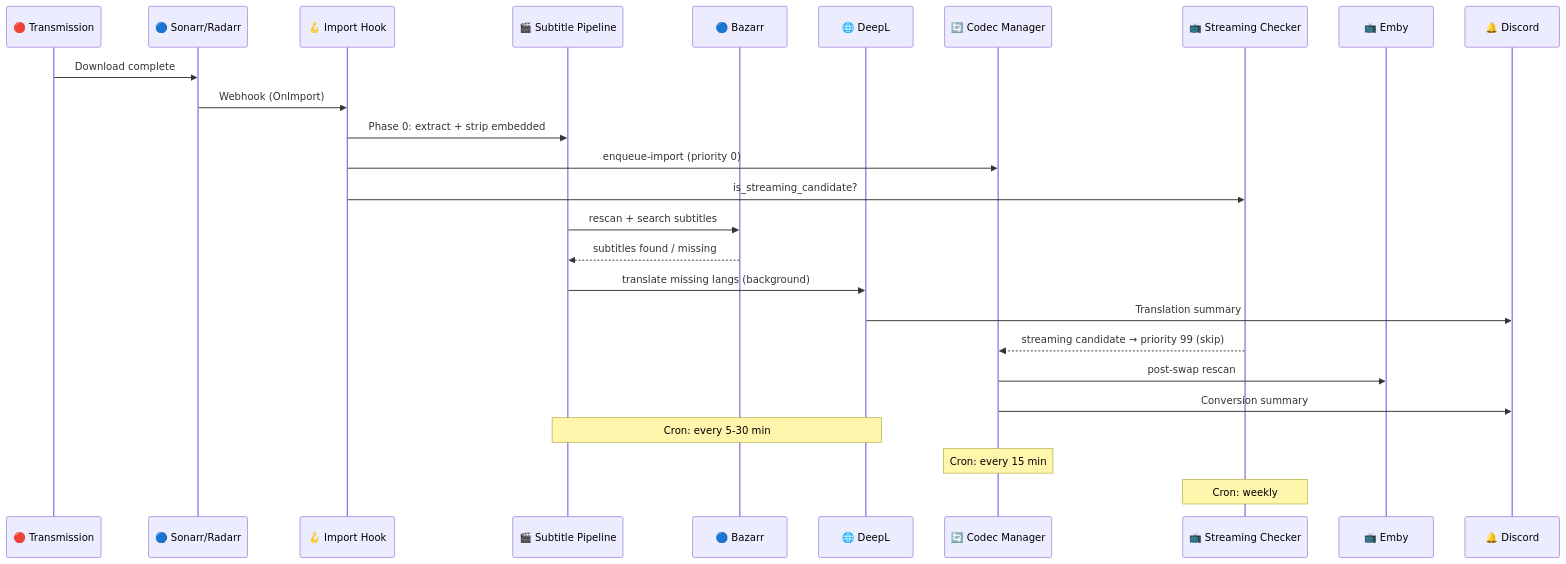
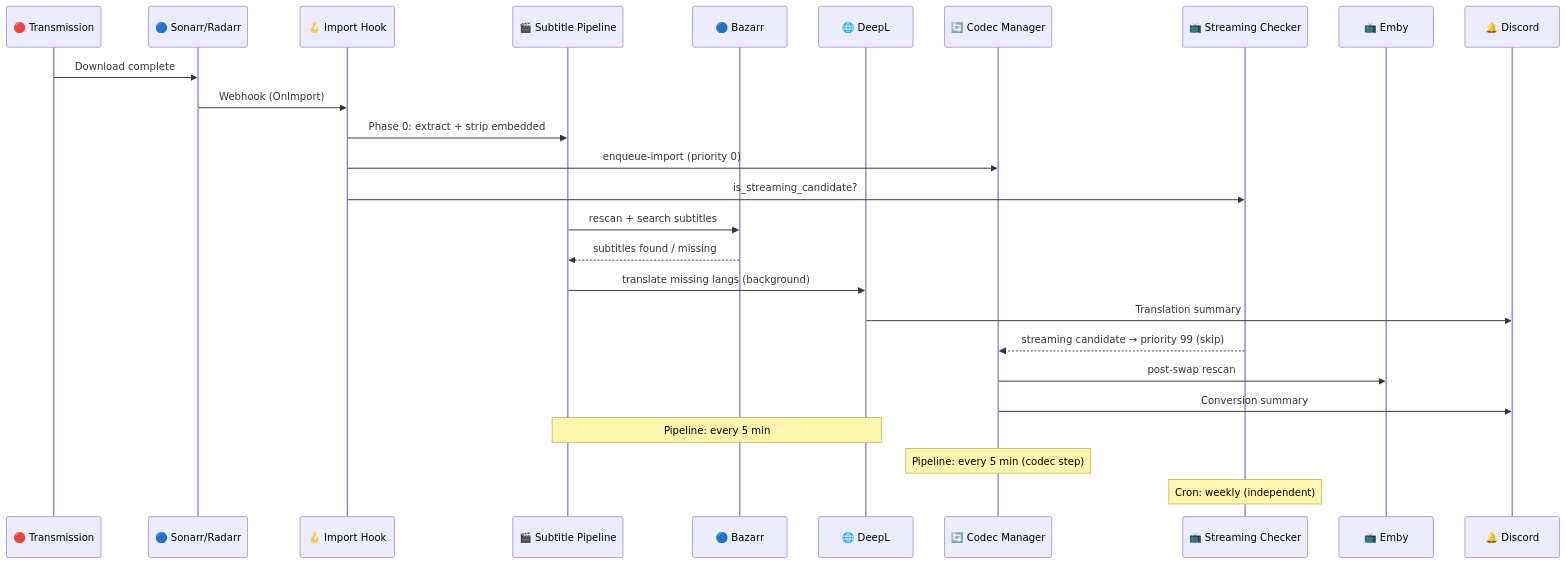
Before and after one commit to beregcamlost/arr_configs: the sixth of 6 diagrams in README.md, drawn with Mermaid. The commit also changed other lines of this file and 32 other files, not shown here.

````diff
--- a/README.md
+++ b/README.md
@@ -602,32 +699,32 @@
 ```mermaid
 sequenceDiagram
     participant TR as 🔴 Transmission
     participant SR as 🔵 Sonarr/Radarr
     participant WH as 🪝 Import Hook
     participant SUB as 🎬 Subtitle Pipeline
     participant BZ as 🔵 Bazarr
     participant DL as 🌐 DeepL
     participant CM as 🔄 Codec Manager
     participant SC as 📺 Streaming Checker
     participant EM as 📺 Emby
     participant DC as 🔔 Discord
 
     TR->>SR: Download complete
     SR->>WH: Webhook (OnImport)
     WH->>SUB: Phase 0: extract + strip embedded
     WH->>CM: enqueue-import (priority 0)
     WH->>SC: is_streaming_candidate?
 
     SUB->>BZ: rescan + search subtitles
     BZ-->>SUB: subtitles found / missing
     SUB->>DL: translate missing langs (background)
     DL->>DC: Translation summary
 
     SC-->>CM: streaming candidate → priority 99 (skip)
     CM->>EM: post-swap rescan
     CM->>DC: Conversion summary
 
-    Note over SUB,DL: Cron: every 5-30 min
-    Note over CM: Cron: every 15 min
-    Note over SC: Cron: weekly
+    Note over SUB,DL: Pipeline: every 5 min
+    Note over CM: Pipeline: every 5 min (codec step)
+    Note over SC: Cron: weekly (independent)
 ```
````
